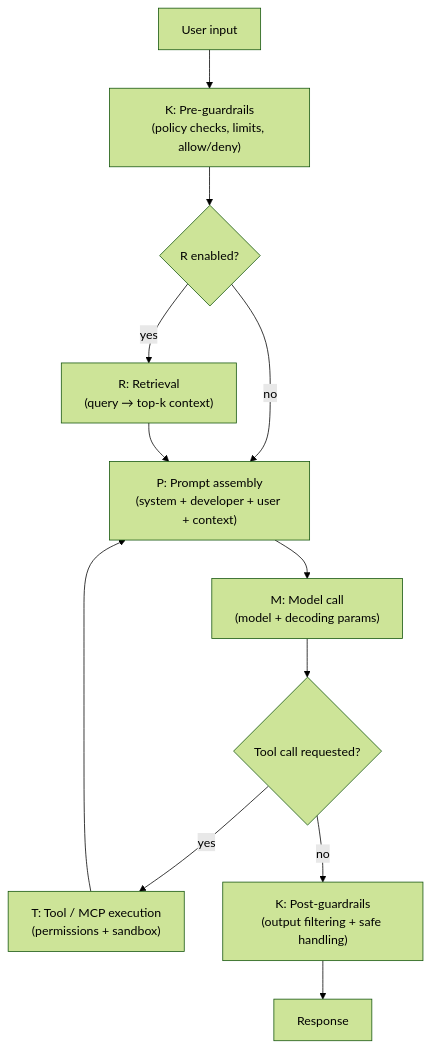
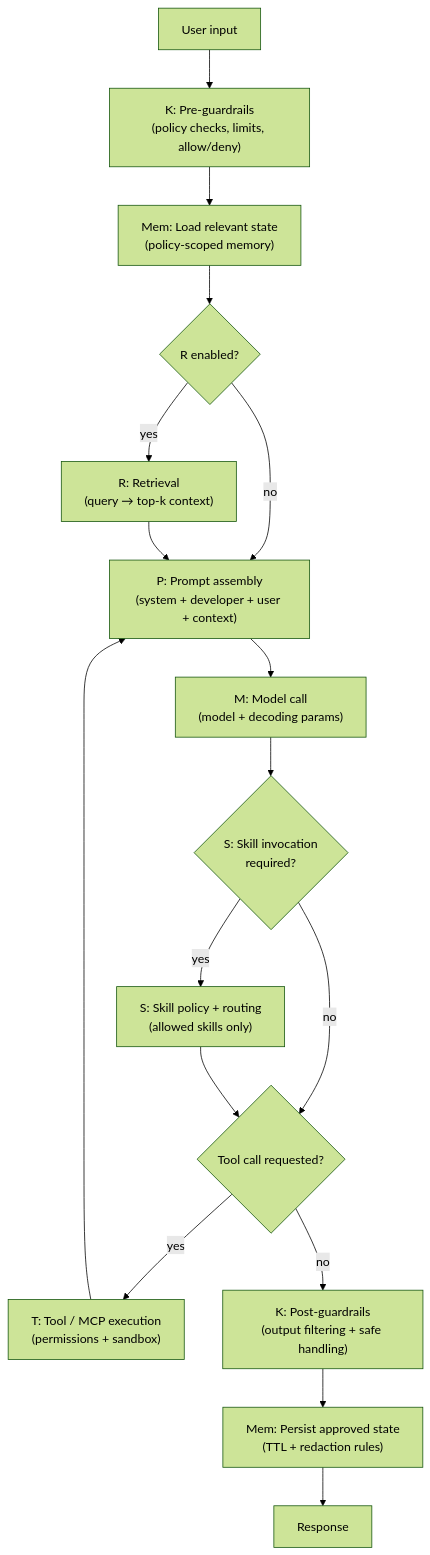
The second of 9 diagrams in AASU_White_Paper_Consolidated_v2_2.md (SAISec/AASU), drawn with Mermaid (forest theme) before and after one commit. The commit also changed other lines of this file and 22 other files, not shown here.

Commit message:
Extend AASU PMRTK with memory/skill components and update docs/mermaid

````diff
--- a/AASU_White_Paper_Consolidated_v2_2.md
+++ b/AASU_White_Paper_Consolidated_v2_2.md
@@ -97,18 +106,23 @@
 ```mermaid
 flowchart TB
   IN["User input"] --> PRE["K: Pre-guardrails<br/>(policy checks, limits, allow/deny)"]
-  PRE --> RET{"R enabled?"}
+  PRE --> MEMR["Mem: Load relevant state<br/>(policy-scoped memory)"]
+  MEMR --> RET{"R enabled?"}
 
   RET -->|yes| RAG["R: Retrieval<br/>(query → top-k context)"]
   RET -->|no| ASSEMBLE["P: Prompt assembly<br/>(system + developer + user + context)"]
   RAG --> ASSEMBLE
 
   ASSEMBLE --> CALL["M: Model call<br/>(model + decoding params)"]
-  CALL --> TOOL{"Tool call requested?"}
+  CALL --> SKILL{"S: Skill invocation<br/>required?"}
+  SKILL -->|yes| SPOL["S: Skill policy + routing<br/>(allowed skills only)"]
+  SKILL -->|no| TOOL{"Tool call requested?"}
+  SPOL --> TOOL
 
   TOOL -->|yes| EXEC["T: Tool / MCP execution<br/>(permissions + sandbox)"]
   EXEC --> ASSEMBLE
 
   TOOL -->|no| POST["K: Post-guardrails<br/>(output filtering + safe handling)"]
-  POST --> OUT["Response"]
+  POST --> MEMW["Mem: Persist approved state<br/>(TTL + redaction rules)"]
+  MEMW --> OUT["Response"]
 ```
````
